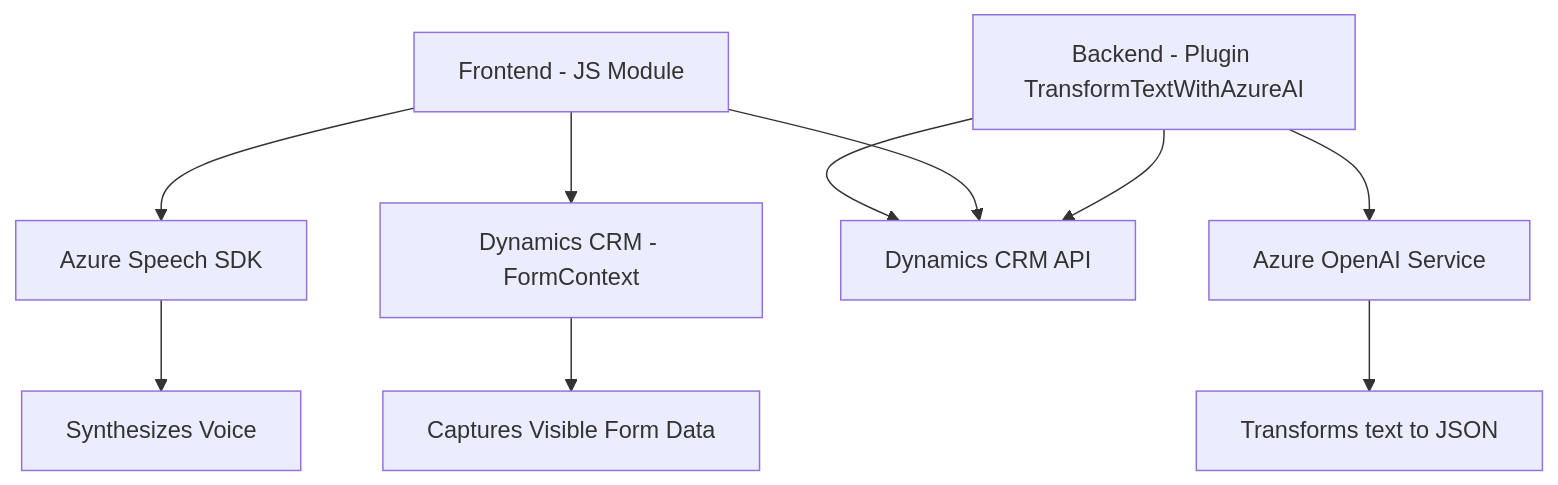
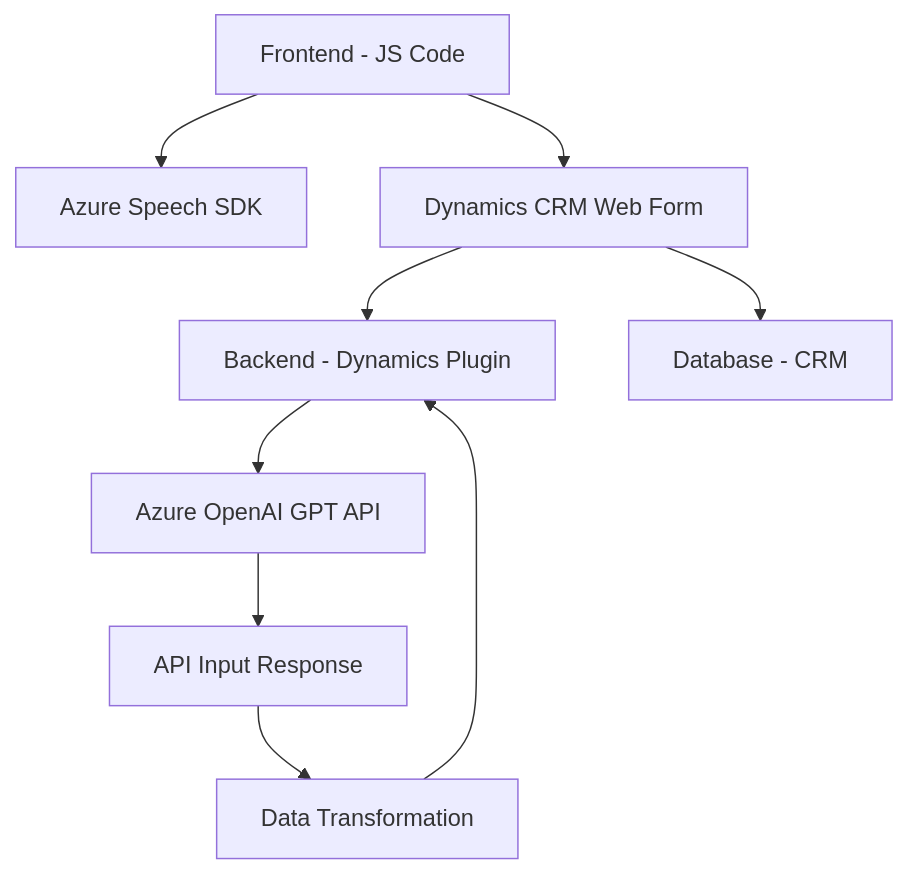
Before and after one commit to blopezdm/NETCORE_BILBAO2025: the diagram in README.md, drawn with Mermaid. The commit also changed other lines of this file, not shown here.

````diff
--- a/README.md
+++ b/README.md
@@ -34,14 +48,20 @@
 ```mermaid
 graph TD
-    A["Frontend - JS Module"] --> B["Azure Speech SDK"]
-    A --> C["Dynamics CRM - FormContext"]
-    B --> D["Synthesizes Voice"]
-    C --> E["Captures Visible Form Data"]
-
-    F["Backend - Plugin TransformTextWithAzureAI"] --> G["Dynamics CRM API"]
-    F --> H["Azure OpenAI Service"]
-    H --> I["Transforms text to JSON"]
-
-    A --> G
+    A[Frontend - JS Code]
+    B[Azure Speech SDK]
+    C["Dynamics CRM Web Form"]
+    D[Backend - Dynamics Plugin]
+    E["Azure OpenAI GPT API"]
+    F[API Input Response]
+    G[Data Transformation]
+    H[Database - CRM]
+    
+    A --> B
+    A --> C
+    C --> D
+    C --> H
+    D --> E
+    E --> F
     F --> G
+    G --> D
 ```
````
